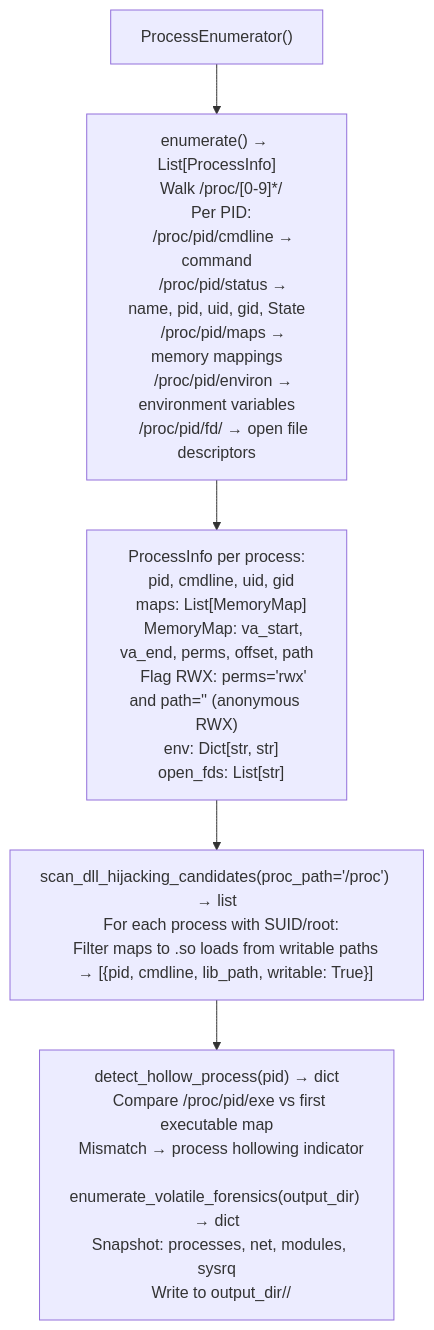
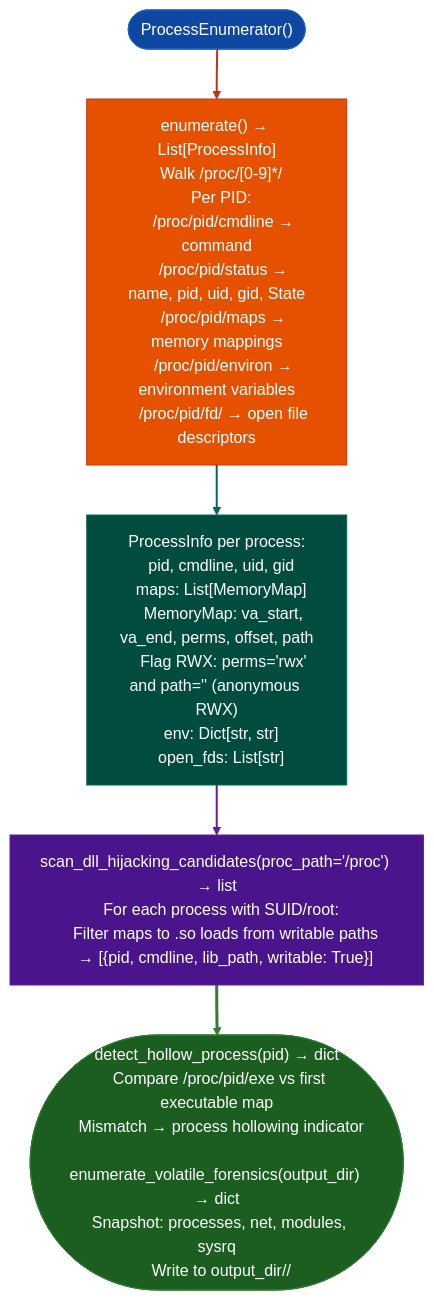
Before and after one commit to Ablation-Tool/ablation: the diagram in docs/reference-modules/process-and-memory-map-inventory.md, drawn with Mermaid. The commit also changed 320 other files, not shown here.

First line of the commit message:
docs: apply canonical Mermaid template to all 321 diagrams

````diff
--- a/docs/reference-modules/process-and-memory-map-inventory.md
+++ b/docs/reference-modules/process-and-memory-map-inventory.md
@@ -19,7 +19,17 @@
 ```mermaid
 flowchart TD
-    A["ProcessEnumerator()"] --> B["enumerate() → List[ProcessInfo]\n  Walk /proc/[0-9]*/\n  Per PID:\n    /proc/pid/cmdline → command\n    /proc/pid/status → name, pid, uid, gid, State\n    /proc/pid/maps → memory mappings\n    /proc/pid/environ → environment variables\n    /proc/pid/fd/ → open file descriptors"]
-    B --> C["ProcessInfo per process:\n  pid, cmdline, uid, gid\n  maps: List[MemoryMap]\n    MemoryMap: va_start, va_end, perms, offset, path\n    Flag RWX: perms='rwx' and path='' (anonymous RWX)\n  env: Dict[str, str]\n  open_fds: List[str]"]
-    C --> D["scan_dll_hijacking_candidates(proc_path='/proc') → list\n  For each process with SUID/root:\n    Filter maps to .so loads from writable paths\n    → [{pid, cmdline, lib_path, writable: True}]"]
-    D --> E["detect_hollow_process(pid) → dict\n  Compare /proc/pid/exe vs first executable map\n  Mismatch → process hollowing indicator\n\nenumerate_volatile_forensics(output_dir) → dict\n  Snapshot: processes, net, modules, sysrq\n  Write to output_dir/<timestamp>/"]
+    A(["ProcessEnumerator()"]):::input --> B["enumerate() → List[ProcessInfo]\n  Walk /proc/[0-9]*/\n  Per PID:\n    /proc/pid/cmdline → command\n    /proc/pid/status → name, pid, uid, gid, State\n    /proc/pid/maps → memory mappings\n    /proc/pid/environ → environment variables\n    /proc/pid/fd/ → open file descriptors"]:::primary
+    B:::primary --> C["ProcessInfo per process:\n  pid, cmdline, uid, gid\n  maps: List[MemoryMap]\n    MemoryMap: va_start, va_end, perms, offset, path\n    Flag RWX: perms='rwx' and path='' (anonymous RWX)\n  env: Dict[str, str]\n  open_fds: List[str]"]:::secondary
+    C:::secondary --> D["scan_dll_hijacking_candidates(proc_path='/proc') → list\n  For each process with SUID/root:\n    Filter maps to .so loads from writable paths\n    → [{pid, cmdline, lib_path, writable: True}]"]:::tertiary
+    D:::tertiary --> E(["detect_hollow_process(pid) → dict\n  Compare /proc/pid/exe vs first executable map\n  Mismatch → process hollowing indicator\n\nenumerate_volatile_forensics(output_dir) → dict\n  Snapshot: processes, net, modules, sysrq\n  Write to output_dir/<timestamp>/"]):::output
+    classDef input     fill:#0d47a1,stroke:#1565c0,color:#fff
+    classDef primary   fill:#e65100,stroke:#bf360c,color:#fff
+    classDef secondary fill:#004d40,stroke:#00695c,color:#fff
+    classDef tertiary  fill:#4a148c,stroke:#6a1b9a,color:#fff
+    classDef neutral   fill:#37474f,stroke:#546e7a,color:#fff
+    classDef output    fill:#1b5e20,stroke:#2e7d32,color:#fff
+    linkStyle 0 stroke:#bf360c,stroke-width:2px
+    linkStyle 1 stroke:#00695c,stroke-width:2px
+    linkStyle 2 stroke:#6a1b9a,stroke-width:2px
+    linkStyle 3 stroke:#2e7d32,stroke-width:3px
 ```
````
